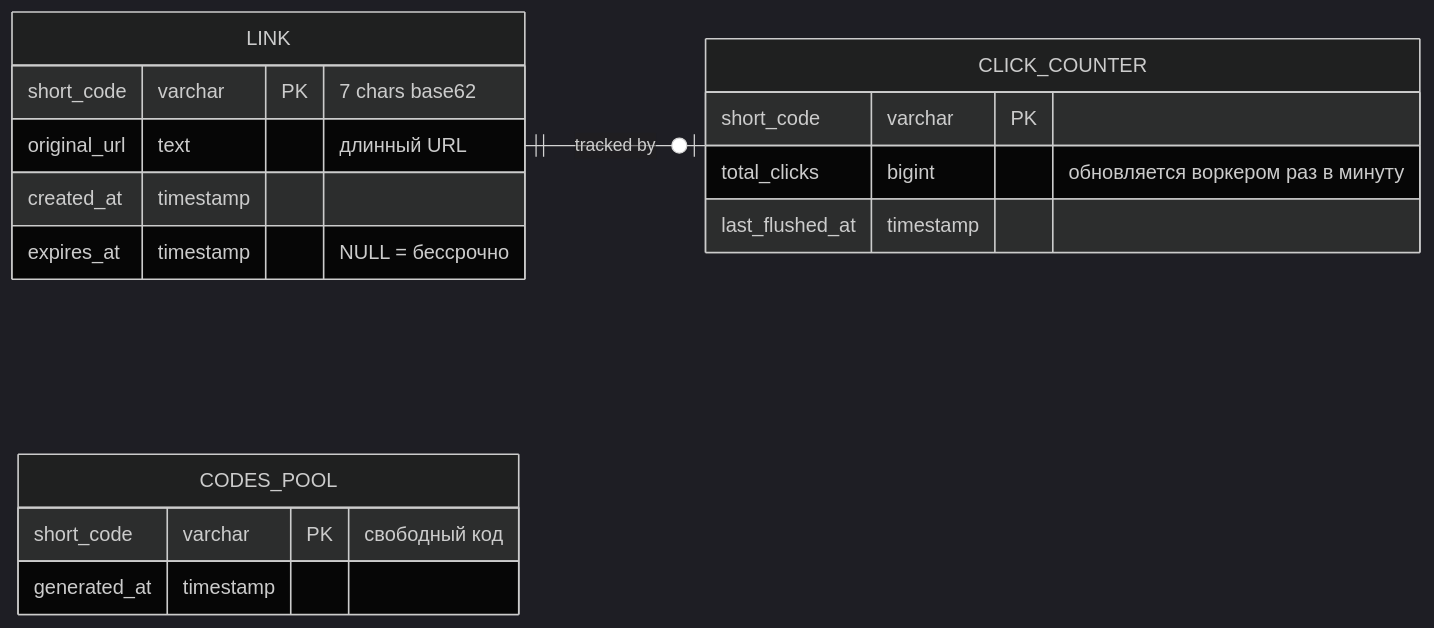
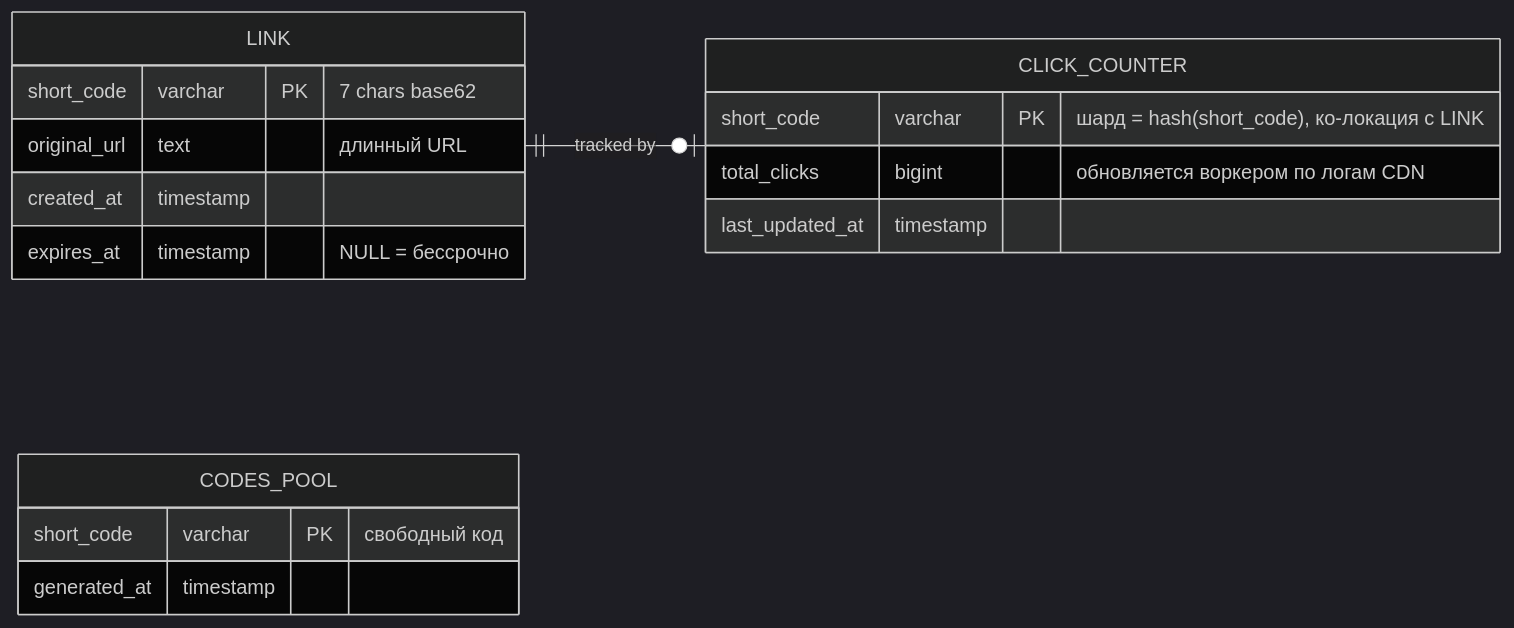
Before and after one commit to f1yToMoon/url_shortener: the second of 9 diagrams in README.md, drawn with Mermaid (dark theme). The commit also changed other lines of this file, not shown here.

````diff
--- a/README.md
+++ b/README.md
@@ -186,23 +188,23 @@
 ```mermaid
 erDiagram
     direction LR
     LINK {
         short_code varchar PK "7 chars base62"
         original_url text "длинный URL"
         created_at timestamp
         expires_at timestamp "NULL = бессрочно"
     }
 
     CODES_POOL {
         short_code varchar PK "свободный код"
         generated_at timestamp
     }
 
     CLICK_COUNTER {
-        short_code varchar PK
-        total_clicks bigint "обновляется воркером раз в минуту"
-        last_flushed_at timestamp
+        short_code varchar PK "шард = hash(short_code), ко-локация с LINK"
+        total_clicks bigint "обновляется воркером по логам CDN"
+        last_updated_at timestamp
     }
 
     LINK ||--o| CLICK_COUNTER : "tracked by"
 ```
````
